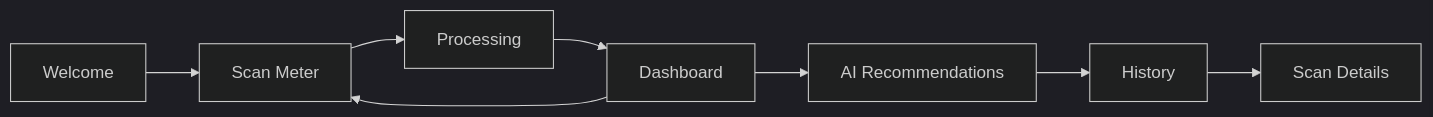
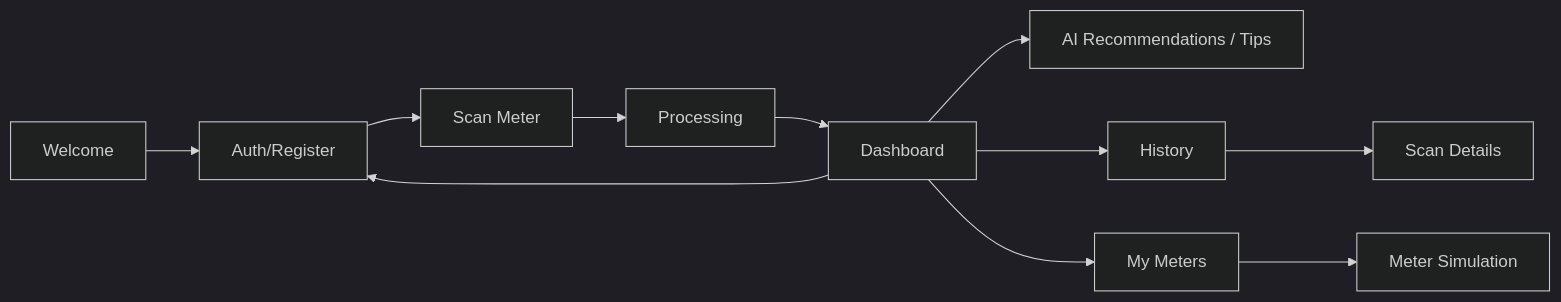
Before and after one commit to Ahmed-Maher77/Kashf___AI-powered-Electricity-Consumption-Assistant: the first of 2 diagrams in docs/01-sitemap-and-information-architecture.md, drawn with Mermaid (dark theme). The commit also changed other lines of this file, not shown here.

````diff
--- a/docs/01-sitemap-and-information-architecture.md
+++ b/docs/01-sitemap-and-information-architecture.md
@@ -852,10 +985,13 @@
 ```mermaid
 flowchart LR
-  A[Welcome] --> B[Scan Meter]
-  B --> C[Processing]
-  C --> D[Dashboard]
-  D --> E[AI Recommendations]
-  E --> F[History]
-  D --> B
-  F --> G[Scan Details]
+  A[Welcome] --> B[Auth/Register]
+  B --> C[Scan Meter]
+  C --> D[Processing]
+  D --> E[Dashboard]
+  E --> F[AI Recommendations / Tips]
+  E --> G[History]
+  G --> H[Scan Details]
+  E --> I[My Meters]
+  I --> J[Meter Simulation]
+  E --> B
 ```
````
